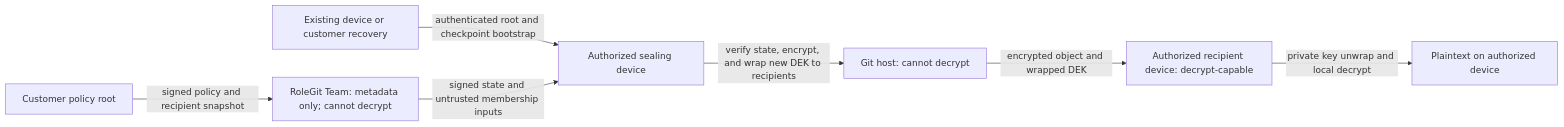
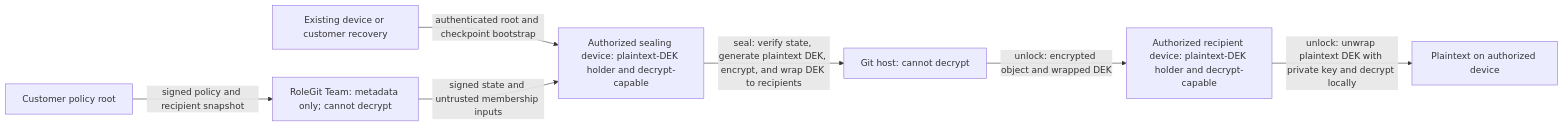
Before and after one commit to cosentinode/rolegit: the second of 6 diagrams in docs/adr/0001-product-modes-and-trust-boundaries.md, drawn with Mermaid. The commit also changed other lines of this file and 3 other files, not shown here.

Commit message:
docs: clarify enterprise key flows

````diff
--- a/docs/adr/0001-product-modes-and-trust-boundaries.md
+++ b/docs/adr/0001-product-modes-and-trust-boundaries.md
@@ -133,9 +133,9 @@
 ```mermaid
 flowchart LR
     R[Customer policy root] -->|signed policy and recipient snapshot| T[RoleGit Team: metadata only; cannot decrypt]
-    O[Existing device or customer recovery] -->|authenticated root and checkpoint bootstrap| S[Authorized sealing device]
+    O[Existing device or customer recovery] -->|authenticated root and checkpoint bootstrap| S[Authorized sealing device: plaintext-DEK holder and decrypt-capable]
     T -->|signed state and untrusted membership inputs| S
-    S -->|verify state, encrypt, and wrap new DEK to recipients| G[Git host: cannot decrypt]
-    G -->|encrypted object and wrapped DEK| D[Authorized recipient device: decrypt-capable]
-    D -->|private key unwrap and local decrypt| P[Plaintext on authorized device]
+    S -->|seal: verify state, generate plaintext DEK, encrypt, and wrap DEK to recipients| G[Git host: cannot decrypt]
+    G -->|unlock: encrypted object and wrapped DEK| D[Authorized recipient device: plaintext-DEK holder and decrypt-capable]
+    D -->|unlock: unwrap plaintext DEK with private key and decrypt locally| P[Plaintext on authorized device]
 ```
````
